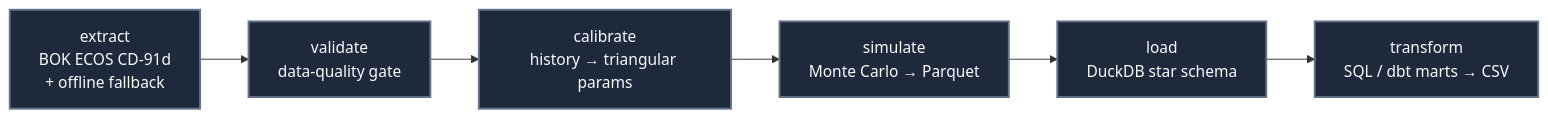
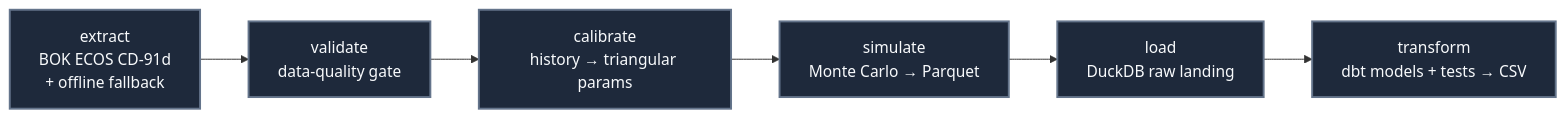
Before and after one commit to aestim/real-estate-pf-liquidity-risk: the third of 3 diagrams in README.md, drawn with Mermaid. The commit also changed other lines of this file and 10 other files, not shown here.

First line of the commit message:
refactor: consolidate transform onto dbt (single modeling layer)

````diff
--- a/README.md
+++ b/README.md
@@ -205,9 +204,9 @@
 ```mermaid
 flowchart LR
     classDef stage fill:#1e293b,stroke:#64748b,stroke-width:2px,color:#f8fafc
     E[extract<br/>BOK ECOS CD-91d<br/>+ offline fallback]:::stage --> V[validate<br/>data-quality gate]:::stage
     V --> C[calibrate<br/>history → triangular params]:::stage
     C --> S[simulate<br/>Monte Carlo → Parquet]:::stage
-    S --> L[load<br/>DuckDB star schema]:::stage
-    L --> T[transform<br/>SQL / dbt marts → CSV]:::stage
+    S --> L[load<br/>DuckDB raw landing]:::stage
+    L --> T[transform<br/>dbt models + tests → CSV]:::stage
 ```
````
